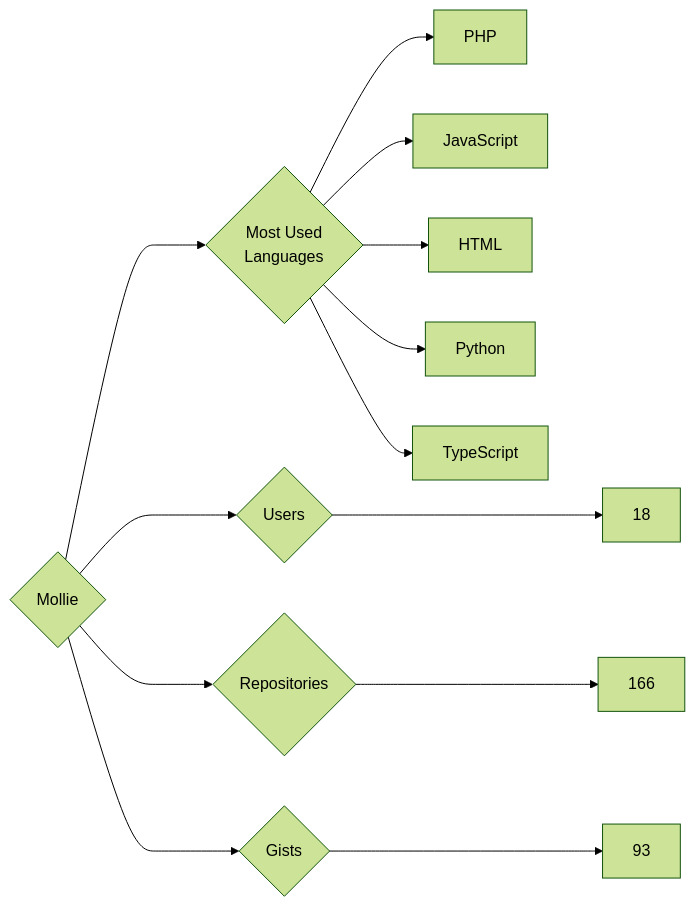
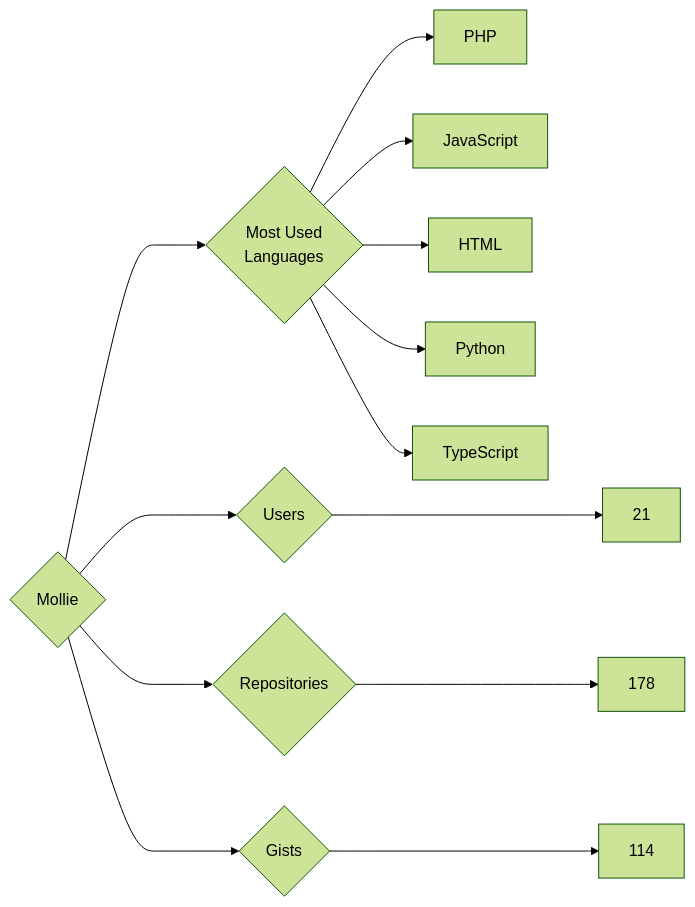
One commit to trickest/insiders changed the diagram in targets/Mollie/README.md. Above: the diagram before and after it, drawn with Mermaid (forest theme). The commit also changed 773 other files, not shown here.

````diff
--- a/targets/Mollie/README.md
+++ b/targets/Mollie/README.md
@@ -3,13 +3,13 @@
 ```mermaid
 graph LR
 COMPANY_NAME{Mollie}
-COMPANY_NAME ---> U{Users} ---> UN[18]
-COMPANY_NAME ---> R{Repositories} ---> RN[166]
-COMPANY_NAME ---> G{Gists} ---> GN[93]
+COMPANY_NAME ---> U{Users} ---> UN[21]
+COMPANY_NAME ---> R{Repositories} ---> RN[178]
+COMPANY_NAME ---> G{Gists} ---> GN[114]
 COMPANY_NAME ---> ML{Most Used<br>Languages}
 ML --> PHP[PHP]
 ML --> JavaScript[JavaScript]
 ML --> HTML[HTML]
 ML --> Python[Python]
 ML --> TypeScript[TypeScript]
 ```
````
